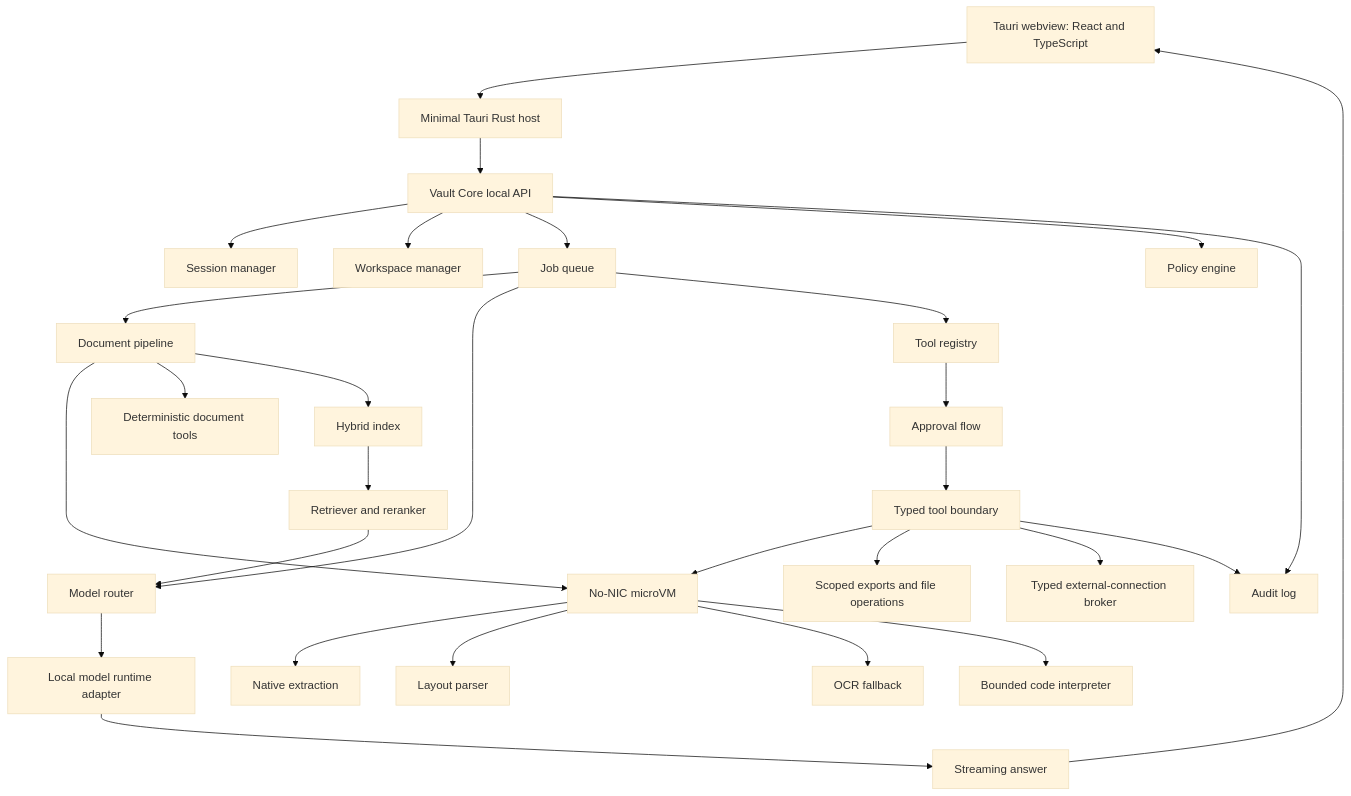
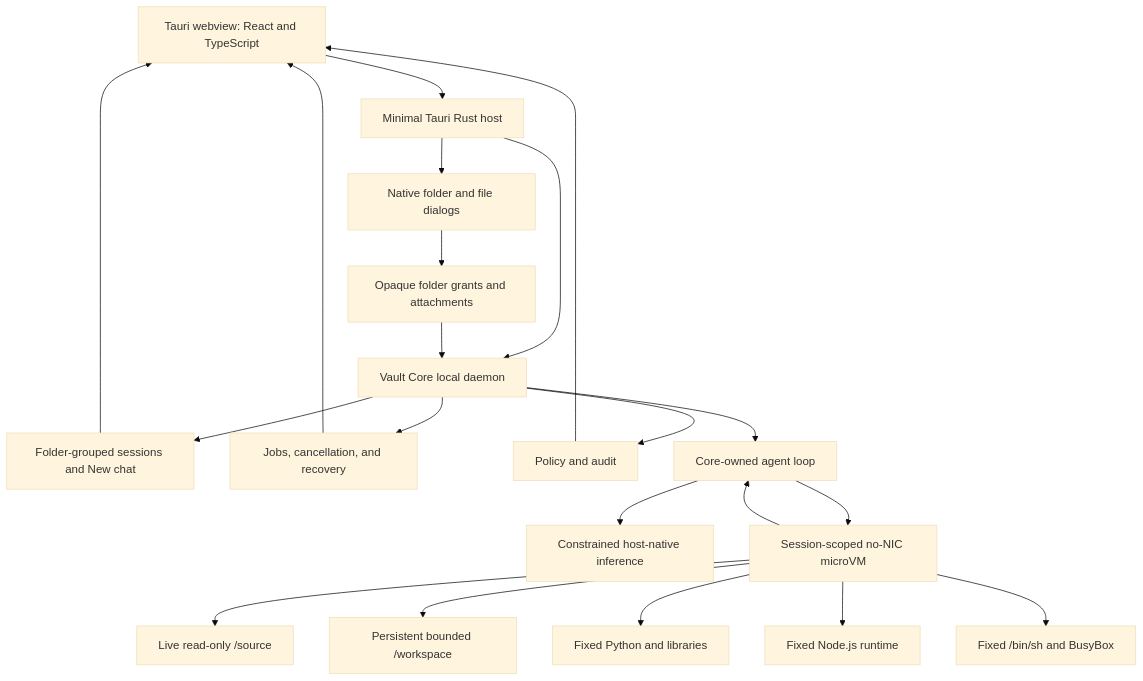
The diagram in docs/diagrams/desktop-architecture.md (alex-alecu/vault-desk), drawn with Mermaid (base theme) before and after one commit. The commit also changed other lines of this file and 239 other files, not shown here.

First line of the commit message:
Add persistent offline agent workspace (#4)

````diff
--- a/docs/diagrams/desktop-architecture.md
+++ b/docs/diagrams/desktop-architecture.md
@@ -5,36 +5,26 @@
 ```mermaid
 flowchart TD
     UI["Tauri webview: React and TypeScript"] --> Host["Minimal Tauri Rust host"]
-    Host --> API["Vault Core local API"]
-    API --> Session["Session manager"]
-    API --> Workspace["Workspace manager"]
-    API --> Jobs["Job queue"]
-    API --> Policy["Policy engine"]
-    API --> Audit["Audit log"]
+    Host --> Core["Vault Core local daemon"]
+    Host --> Dialogs["Native folder and file dialogs"]
+    Dialogs --> Grants["Opaque folder grants and attachments"]
+    Grants --> Core
 
-    Jobs --> Docs["Document pipeline"]
-    Jobs --> Router["Model router"]
-    Jobs --> Tools["Tool registry"]
+    Core --> Sessions["Folder-grouped sessions and New chat"]
+    Core --> Jobs["Jobs, cancellation, and recovery"]
+    Core --> Policy["Policy and audit"]
+    Core --> Agent["Core-owned agent loop"]
 
-    Docs --> MicroVM["No-NIC microVM"]
-    MicroVM --> Extract["Native extraction"]
-    MicroVM --> Layout["Layout parser"]
-    MicroVM --> OCR["OCR fallback"]
-    MicroVM --> Code["Bounded code interpreter"]
-    Docs --> Deterministic["Deterministic document tools"]
-    Docs --> Index["Hybrid index"]
+    Agent --> Inference["Constrained host-native inference"]
+    Agent --> VM["Session-scoped no-NIC microVM"]
+    VM --> Inputs["Live read-only /source"]
+    VM --> Scratch["Persistent bounded /workspace"]
+    VM --> Python["Fixed Python and libraries"]
+    VM --> Node["Fixed Node.js runtime"]
+    VM --> Shell["Fixed /bin/sh and BusyBox"]
+    VM --> Agent
 
-    Index --> Retrieval["Retriever and reranker"]
-    Retrieval --> Router
-
-    Router --> Runtime["Local model runtime adapter"]
-    Runtime --> Stream["Streaming answer"]
-    Stream --> UI
-
-    Tools --> Approval["Approval flow"]
-    Approval --> Sandbox["Typed tool boundary"]
-    Sandbox --> MicroVM
-    Sandbox --> Export["Scoped exports and file operations"]
-    Sandbox --> NetworkBroker["Typed external-connection broker"]
-    Sandbox --> Audit
+    Sessions --> UI
+    Jobs --> UI
+    Policy --> UI
 ```
````
